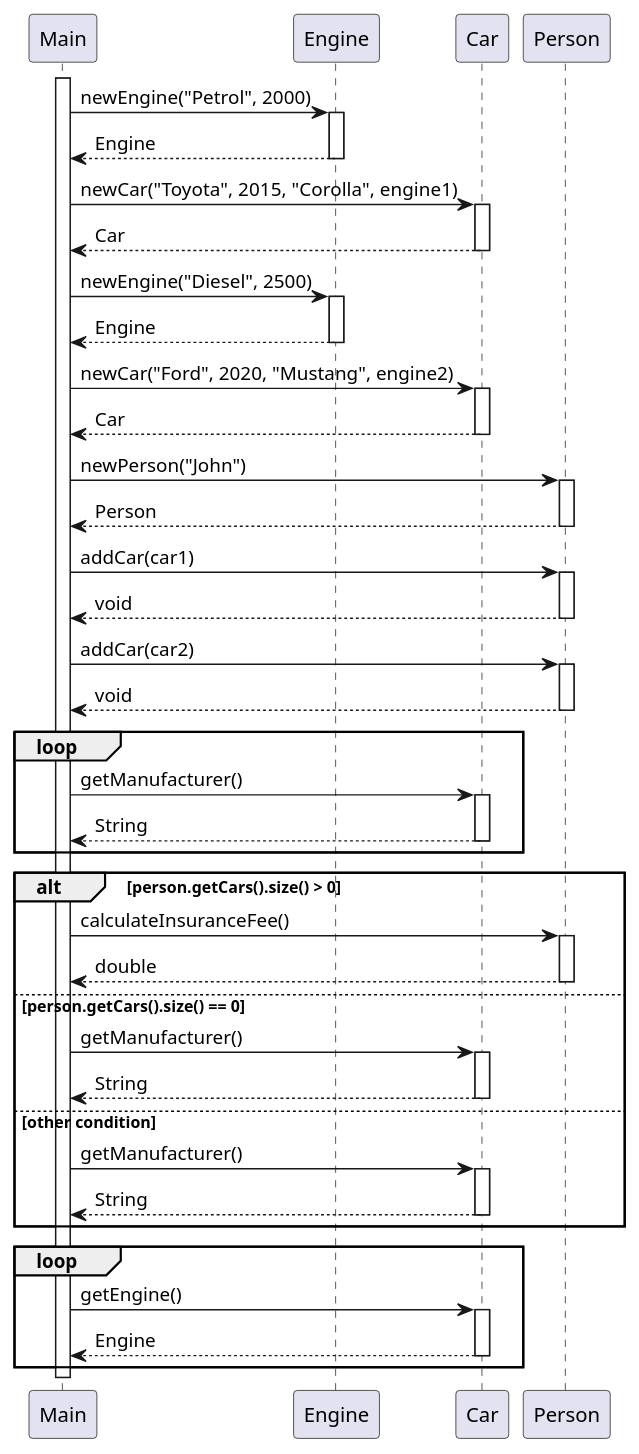
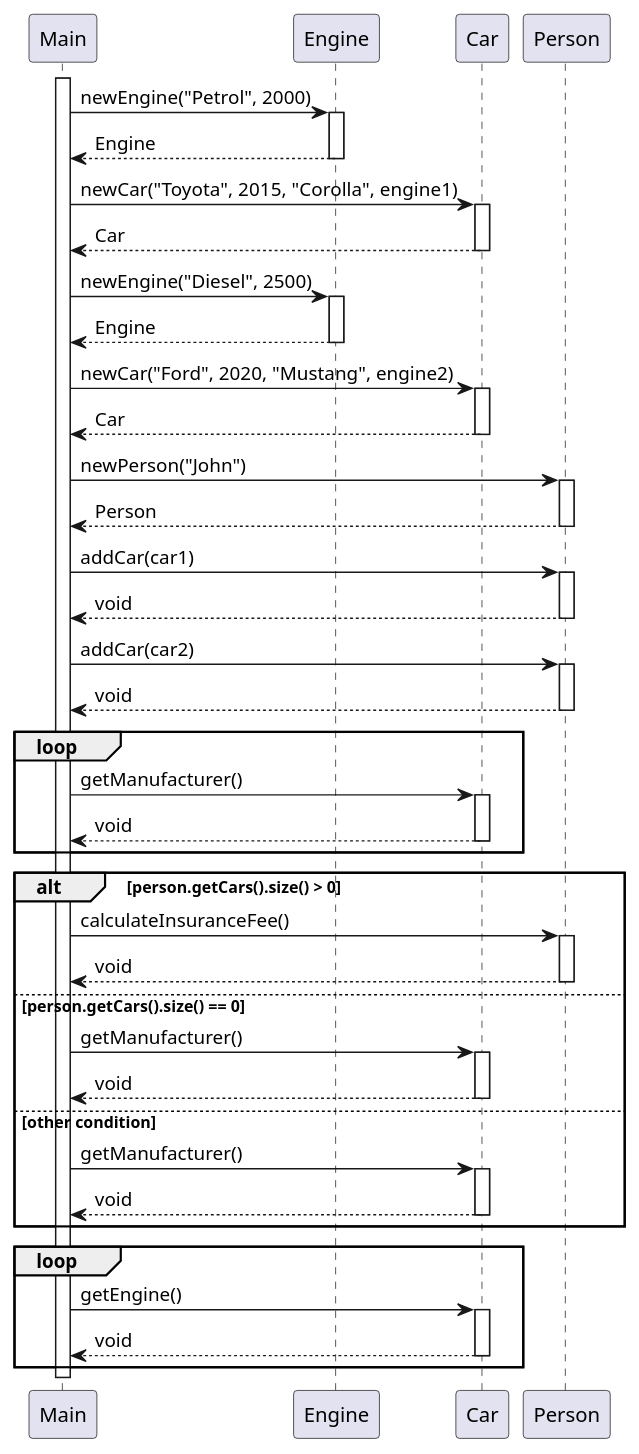
The diagram in Diagrams/MySequenceDiagram.puml (nirbelelti/program_analysis_final_project), drawn with PlantUML before and after one commit. The commit also changed 2 other files, not shown here.

```diff
--- a/Diagrams/MySequenceDiagram.puml
+++ b/Diagrams/MySequenceDiagram.puml
@@ -1,60 +1,60 @@
 @startuml
 activate Main
 Main -> Engine : newEngine("Petrol", 2000)
 activate Engine
 Engine --> Main : Engine
 deactivate Engine
 Main -> Car : newCar("Toyota", 2015, "Corolla", engine1)
 activate Car
 Car --> Main : Car
 deactivate Car
 Main -> Engine : newEngine("Diesel", 2500)
 activate Engine
 Engine --> Main : Engine
 deactivate Engine
 Main -> Car : newCar("Ford", 2020, "Mustang", engine2)
 activate Car
 Car --> Main : Car
 deactivate Car
 Main -> Person : newPerson("John")
 activate Person
 Person --> Main : Person
 deactivate Person
 Main -> Person : addCar(car1)
 activate Person
 Person --> Main : void
 deactivate Person
 Main -> Person : addCar(car2)
 activate Person
 Person --> Main : void
 deactivate Person
 loop
 Main -> Car : getManufacturer()
 activate Car
-Car --> Main : String
+Car --> Main : void
 deactivate Car
 end
 alt person.getCars().size() > 0
 Main -> Person : calculateInsuranceFee()
 activate Person
-Person --> Main : double
+Person --> Main : void
 deactivate Person
 else person.getCars().size() == 0
 Main -> Car : getManufacturer()
 activate Car
-Car --> Main : String
+Car --> Main : void
 deactivate Car
 else other condition
 Main -> Car : getManufacturer()
 activate Car
-Car --> Main : String
+Car --> Main : void
 deactivate Car
 end
 loop
 Main -> Car : getEngine()
 activate Car
-Car --> Main : Engine
+Car --> Main : void
 deactivate Car
 end
 deactivate Main
 @enduml
```
